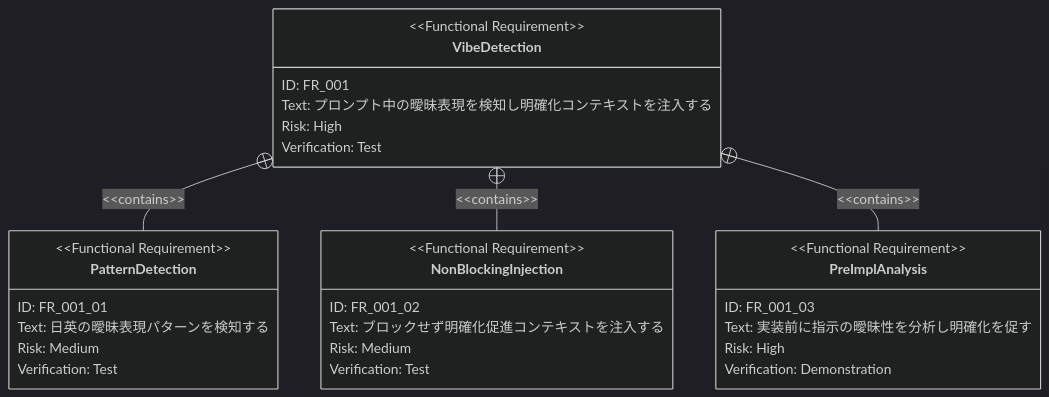
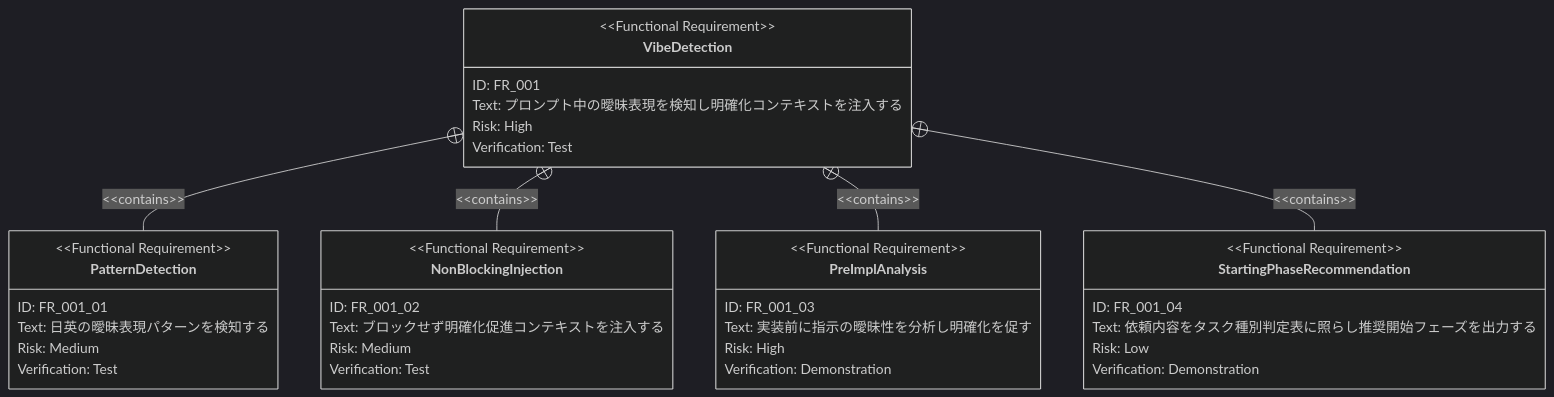
One commit to ToshikiImagawa/ai-sdd-workflow-dev changed the second of 2 diagrams in .sdd/requirement/quality-guardrails/vibe-detection.md. Above: the diagram before and after it, drawn with Mermaid. The commit also changed other lines of this file and 19 other files, not shown here.

````diff
--- a/.sdd/requirement/quality-guardrails/vibe-detection.md
+++ b/.sdd/requirement/quality-guardrails/vibe-detection.md
@@ -68,35 +68,43 @@
 ```mermaid
 %%{init: {'theme': 'dark'}}%%
 requirementDiagram
     functionalRequirement VibeDetection {
         id: FR_001
         text: "プロンプト中の曖昧表現を検知し明確化コンテキストを注入する"
         risk: high
         verifymethod: test
     }
 
     functionalRequirement PatternDetection {
         id: FR_001_01
         text: "日英の曖昧表現パターンを検知する"
         risk: medium
         verifymethod: test
     }
 
     functionalRequirement NonBlockingInjection {
         id: FR_001_02
         text: "ブロックせず明確化促進コンテキストを注入する"
         risk: medium
         verifymethod: test
     }
 
     functionalRequirement PreImplAnalysis {
         id: FR_001_03
         text: "実装前に指示の曖昧性を分析し明確化を促す"
         risk: high
         verifymethod: demonstration
     }
 
+    functionalRequirement StartingPhaseRecommendation {
+        id: FR_001_04
+        text: "依頼内容をタスク種別判定表に照らし推奨開始フェーズを出力する"
+        risk: low
+        verifymethod: demonstration
+    }
+
     VibeDetection - contains -> PatternDetection
     VibeDetection - contains -> NonBlockingInjection
     VibeDetection - contains -> PreImplAnalysis
+    VibeDetection - contains -> StartingPhaseRecommendation
 ```
````
